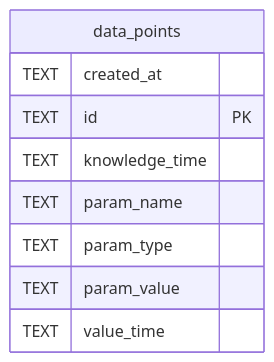
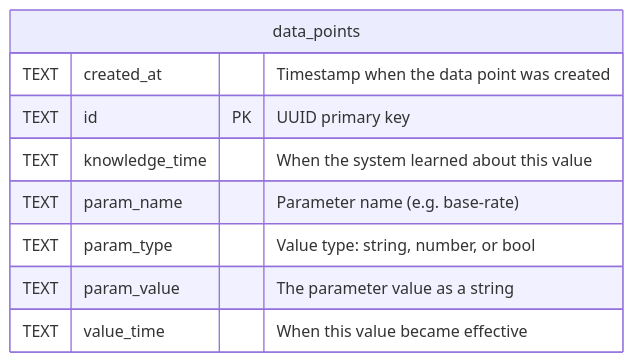
One commit to drummonds/go-luca changed the diagram in docs/schema/data_points.md. Above: the diagram before and after it, drawn with Mermaid. The commit also changed other lines of this file and 42 other files, not shown here.

Commit message:
Reorganising schema

````diff
--- a/docs/schema/data_points.md
+++ b/docs/schema/data_points.md
@@ -50,14 +53,14 @@
 ```mermaid
 erDiagram
 
 
 "data_points" {
-  TEXT created_at ""
-  TEXT id PK ""
-  TEXT knowledge_time ""
-  TEXT param_name ""
-  TEXT param_type ""
-  TEXT param_value ""
-  TEXT value_time ""
+  TEXT created_at "Timestamp when the data point was created"
+  TEXT id PK "UUID primary key"
+  TEXT knowledge_time "When the system learned about this value"
+  TEXT param_name "Parameter name (e.g. base-rate)"
+  TEXT param_type "Value type: string, number, or bool"
+  TEXT param_value "The parameter value as a string"
+  TEXT value_time "When this value became effective"
 }
 ```
````
